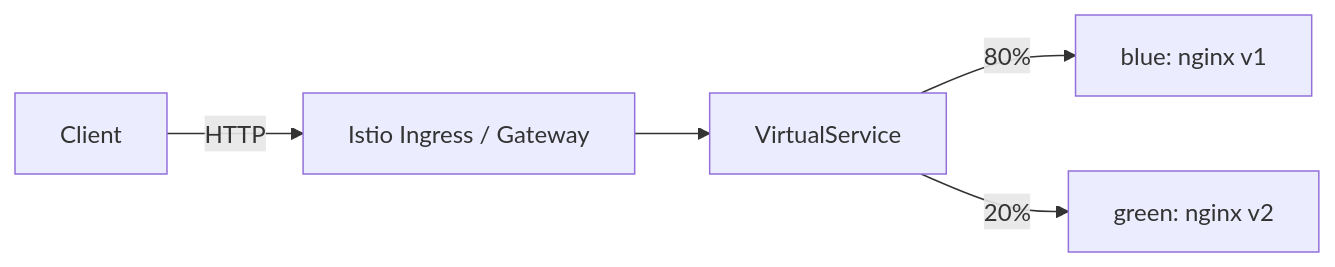
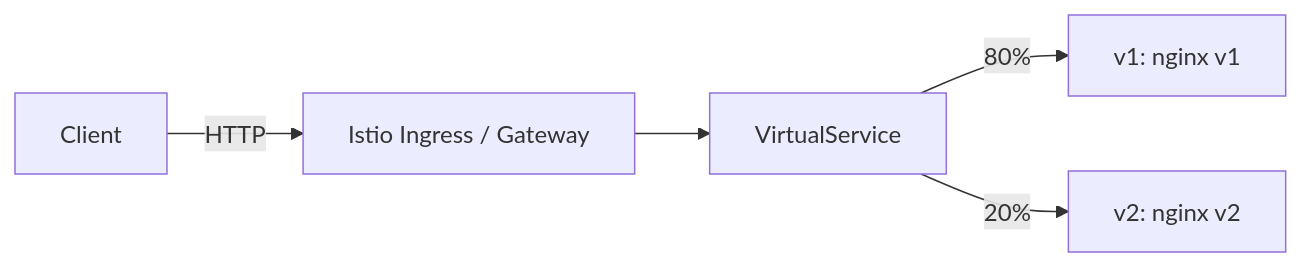
One commit to bretonne/location-rollout-demo changed the first of 2 diagrams in presentation.md. Above: the diagram before and after it, drawn with Mermaid. The commit also changed other lines of this file, not shown here.

````diff
--- a/presentation.md
+++ b/presentation.md
@@ -33,7 +33,7 @@
 ```mermaid
 flowchart LR
   Client -->|HTTP| IstioIngress[Istio Ingress / Gateway]
   IstioIngress --> VS[VirtualService]
-  VS -->|80%| BlueSvc[blue: nginx v1]
-  VS -->|20%| GreenSvc[green: nginx v2]
+  VS -->|80%| V1Svc[v1: nginx v1]
+  VS -->|20%| V2Svc[v2: nginx v2]
 ```
````
